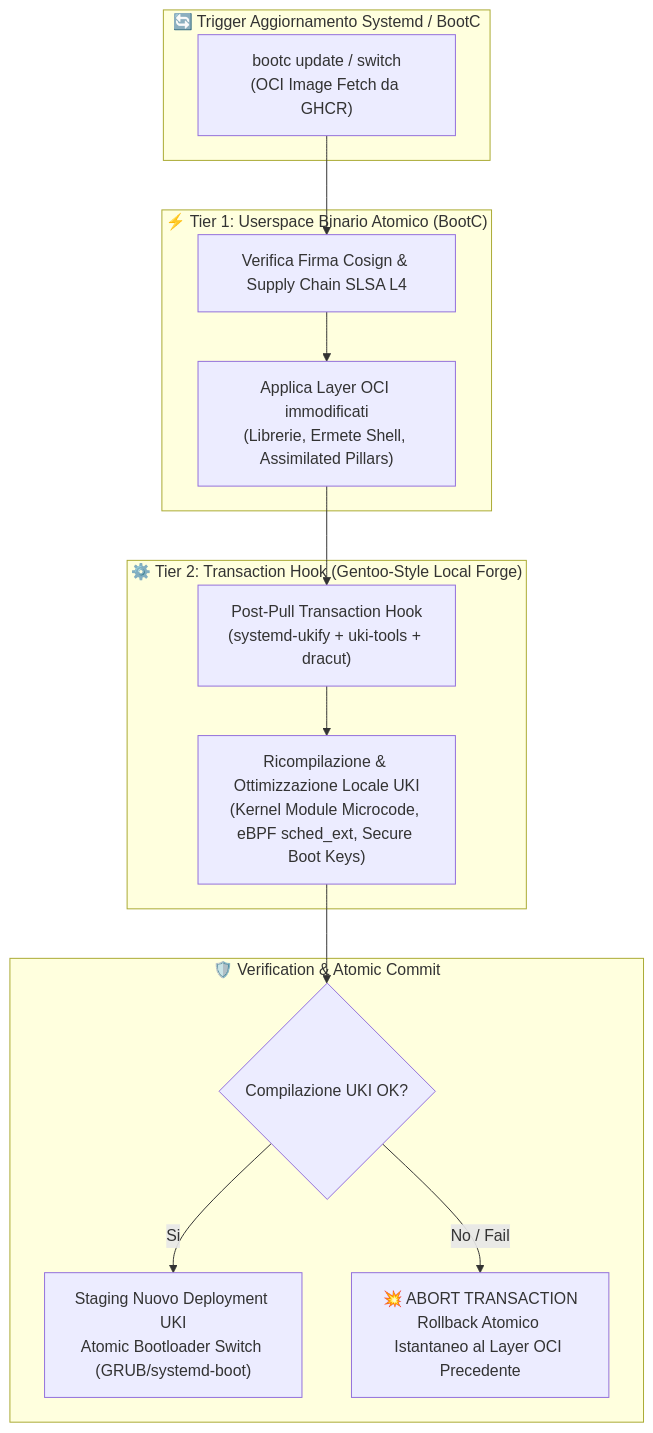
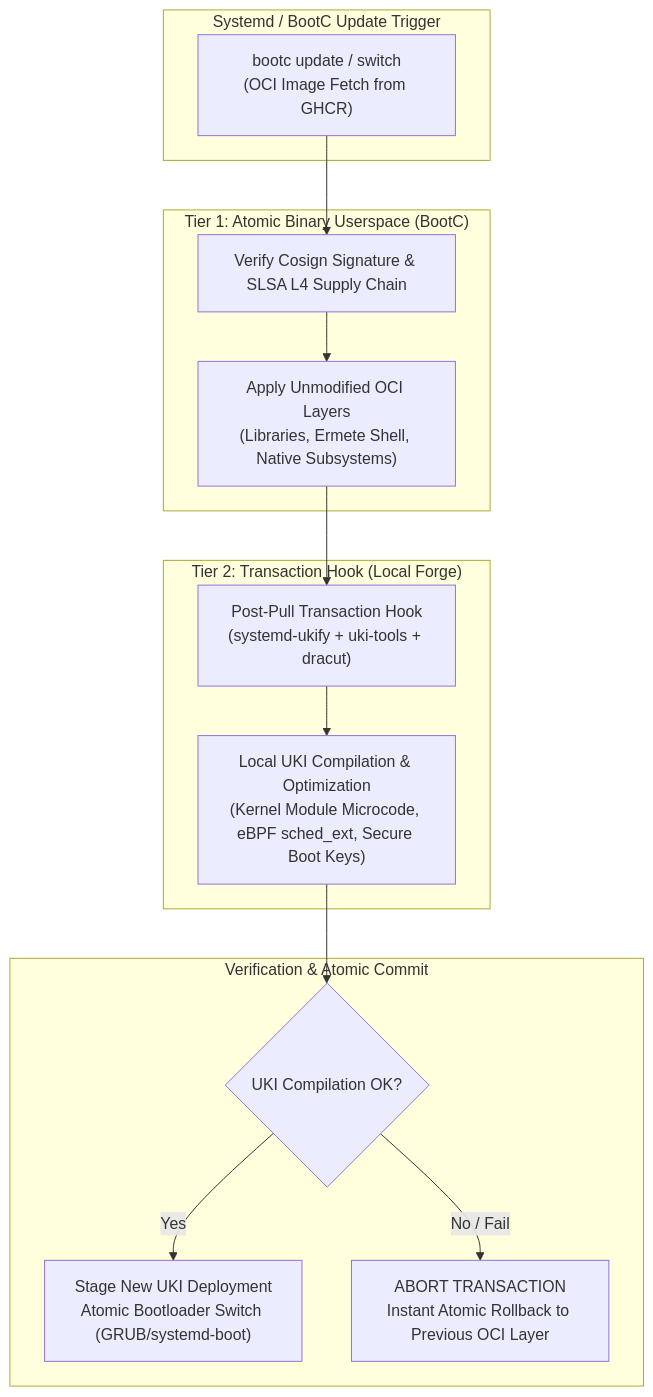
Before and after one commit to hr-mes/ermete-os: the second of 3 diagrams in system/ARCHITECTURE.md, drawn with Mermaid. The commit also changed other lines of this file and 7 other files, not shown here.

````diff
--- a/system/ARCHITECTURE.md
+++ b/system/ARCHITECTURE.md
@@ -154,27 +153,27 @@
 ```mermaid
 flowchart TD
-    subgraph Update_Trigger ["🔄 Trigger Aggiornamento Systemd / BootC"]
-        PULL["bootc update / switch\n(OCI Image Fetch da GHCR)"]
+    subgraph Update_Trigger ["Systemd / BootC Update Trigger"]
+        PULL["bootc update / switch\n(OCI Image Fetch from GHCR)"]
     end
 
-    subgraph Binary_Userspace ["⚡ Tier 1: Userspace Binario Atomico (BootC)"]
-        FAST["Applica Layer OCI immodificati\n(Librerie, Ermete Shell, Assimilated Pillars)"]
-        VERIFY["Verifica Firma Cosign & Supply Chain SLSA L4"]
+    subgraph Binary_Userspace ["Tier 1: Atomic Binary Userspace (BootC)"]
+        FAST["Apply Unmodified OCI Layers\n(Libraries, Ermete Shell, Native Subsystems)"]
+        VERIFY["Verify Cosign Signature & SLSA L4 Supply Chain"]
         PULL --> VERIFY --> FAST
     end
 
-    subgraph Transaction_Hook ["⚙️ Tier 2: Transaction Hook (Gentoo-Style Local Forge)"]
+    subgraph Transaction_Hook ["Tier 2: Transaction Hook (Local Forge)"]
         HOOK["Post-Pull Transaction Hook\n(systemd-ukify + uki-tools + dracut)"]
-        KBUILD["Ricompilazione & Ottimizzazione Locale UKI\n(Kernel Module Microcode, eBPF sched_ext, Secure Boot Keys)"]
+        KBUILD["Local UKI Compilation & Optimization\n(Kernel Module Microcode, eBPF sched_ext, Secure Boot Keys)"]
         FAST --> HOOK --> KBUILD
     end
 
-    subgraph Validation_Rollback ["🛡️ Verification & Atomic Commit"]
-        CHECK{"Compilazione UKI OK?"}
+    subgraph Validation_Rollback ["Verification & Atomic Commit"]
+        CHECK{"UKI Compilation OK?"}
         KBUILD --> CHECK
-        COMMIT["Staging Nuovo Deployment UKI\nAtomic Bootloader Switch (GRUB/systemd-boot)"]
-        ROLLBACK["💥 ABORT TRANSACTION\nRollback Atomico Istantaneo al Layer OCI Precedente"]
-        CHECK -- Si --> COMMIT
+        COMMIT["Stage New UKI Deployment\nAtomic Bootloader Switch (GRUB/systemd-boot)"]
+        ROLLBACK["ABORT TRANSACTION\nInstant Atomic Rollback to Previous OCI Layer"]
+        CHECK -- Yes --> COMMIT
         CHECK -- No / Fail --> ROLLBACK
     end
 ```
````
